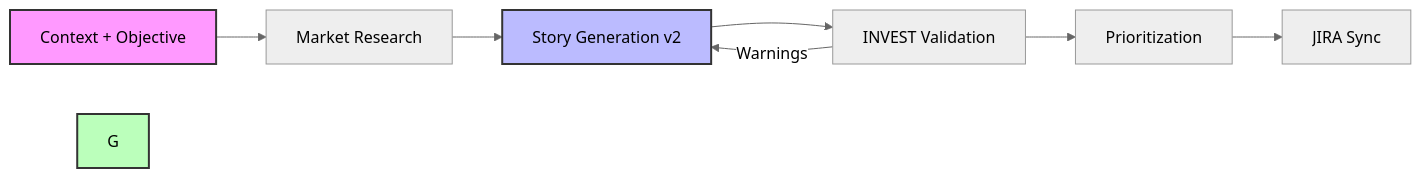
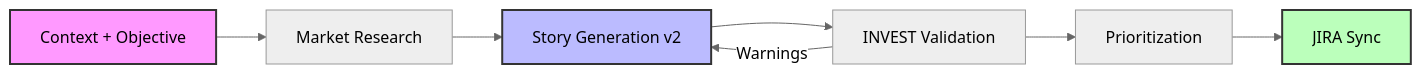
The diagram in README.md (winitramesh2/BacklogAI), drawn with Mermaid (neutral theme) before and after one commit. The commit also changed other lines of this file, not shown here.

````diff
--- a/README.md
+++ b/README.md
@@ -40,13 +43,13 @@
 ```mermaid
 graph LR
     A[Context + Objective] --> B[Market Research]
     B --> C[Story Generation v2]
     C --> D[INVEST Validation]
     D -->|Warnings| C
     D --> E[Prioritization]
     E --> F[JIRA Sync]
     
     style A fill:#f9f,stroke:#333,stroke-width:2px
     style C fill:#bbf,stroke:#333,stroke-width:2px
-    style G fill:#bfb,stroke:#333,stroke-width:2px
+    style F fill:#bfb,stroke:#333,stroke-width:2px
 ```
````
